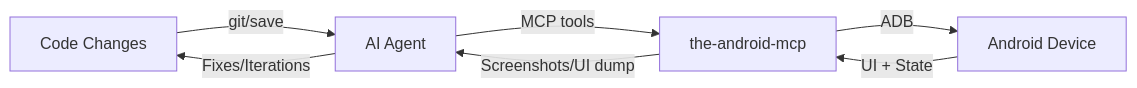
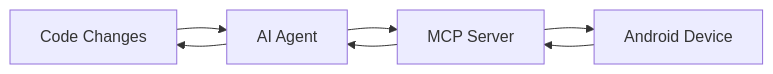
Before and after one commit to meinzeug/the-android-mcp: the first of 2 diagrams in README.md, drawn with Mermaid. The commit also changed other lines of this file, not shown here.

Commit message:
docs: fix mermaid rendering

````diff
--- a/README.md
+++ b/README.md
@@ -19,9 +19,9 @@
 ```mermaid
 flowchart LR
-  Dev[Code Changes] -->|git/save| Agent[AI Agent]
-  Agent -->|MCP tools| MCP[the-android-mcp]
-  MCP -->|ADB| Device[Android Device]
-  Device -->|UI + State| MCP
-  MCP -->|Screenshots/UI dump| Agent
-  Agent -->|Fixes/Iterations| Dev
+  Dev[Code Changes] --> Agent[AI Agent]
+  Agent --> MCP[MCP Server]
+  MCP --> Device[Android Device]
+  Device --> MCP
+  MCP --> Agent
+  Agent --> Dev
 ```
````
